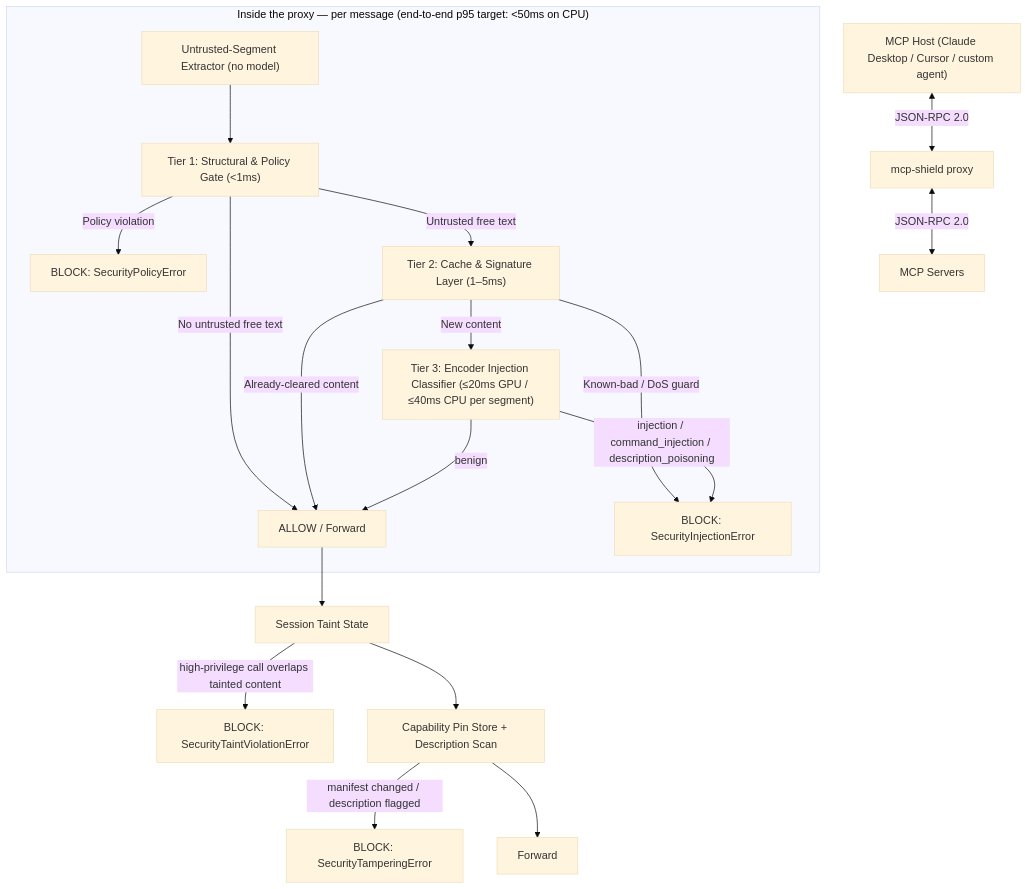
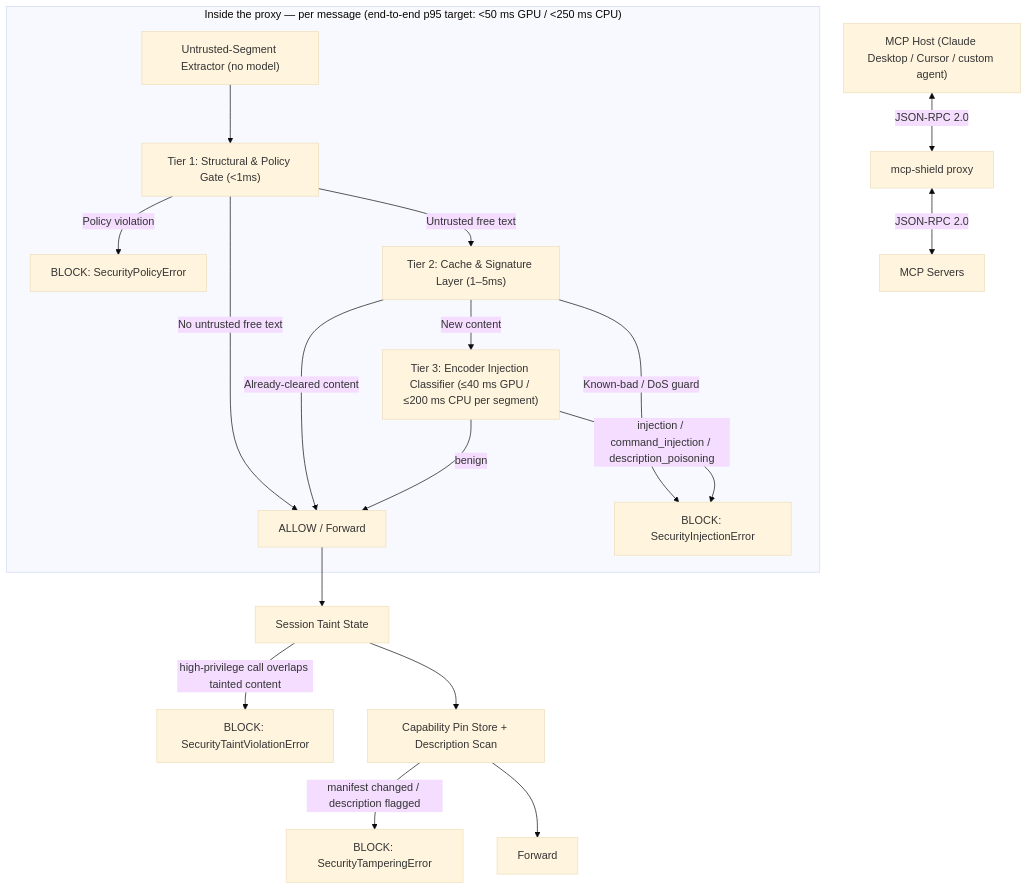
The first of 2 diagrams in README.md (rishikeshvarma/MCP-Shield), drawn with Mermaid (base theme) before and after one commit. The commit also changed other lines of this file and 13 other files, not shown here.

First line of the commit message:
Fix table rendering in Review-2 content; export diagrams as PNGs

````diff
--- a/README.md
+++ b/README.md
@@ -59,23 +59,23 @@
 ```mermaid
 graph TD
     Host["MCP Host (Claude Desktop / Cursor / custom agent)"] <-->|"JSON-RPC 2.0"| Proxy["mcp-shield proxy"]
     Proxy <-->|"JSON-RPC 2.0"| Servers["MCP Servers"]
 
-    subgraph Cascade["Inside the proxy — per message (end-to-end p95 target: <50ms on CPU)"]
+    subgraph Cascade["Inside the proxy — per message (end-to-end p95 target: <50 ms GPU / <250 ms CPU)"]
         Ext["Untrusted-Segment Extractor (no model)"] --> T1["Tier 1: Structural & Policy Gate (<1ms)"]
         T1 -->|"Policy violation"| Deny1["BLOCK: SecurityPolicyError"]
         T1 -->|"No untrusted free text"| Pass["ALLOW / Forward"]
         T1 -->|"Untrusted free text"| T2["Tier 2: Cache & Signature Layer (1–5ms)"]
         T2 -->|"Already-cleared content"| Pass
         T2 -->|"Known-bad / DoS guard"| Deny2["BLOCK: SecurityInjectionError"]
-        T2 -->|"New content"| T3["Tier 3: Encoder Injection Classifier (≤20ms GPU / ≤40ms CPU per segment)"]
+        T2 -->|"New content"| T3["Tier 3: Encoder Injection Classifier (≤40 ms GPU / ≤200 ms CPU per segment)"]
         T3 -->|"benign"| Pass
         T3 -->|"injection / command_injection / description_poisoning"| Deny2
     end
 
     Pass --> Taint["Session Taint State"]
     Taint -->|"high-privilege call overlaps tainted content"| Deny3["BLOCK: SecurityTaintViolationError"]
     Taint --> Pin["Capability Pin Store + Description Scan"]
     Pin -->|"manifest changed / description flagged"| Deny4["BLOCK: SecurityTamperingError"]
     Pin --> Out["Forward"]
 ```
````
